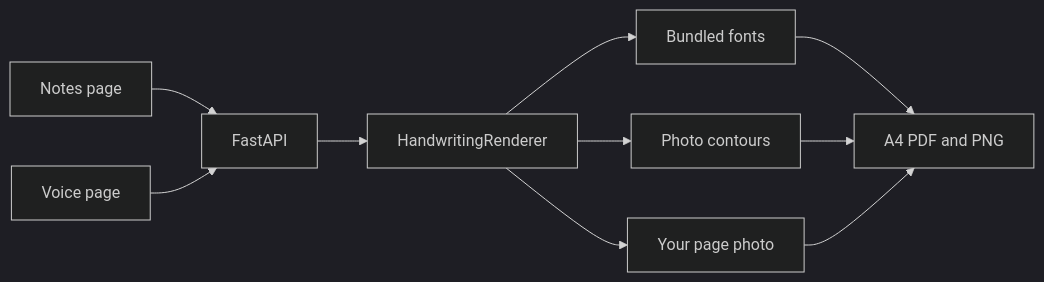
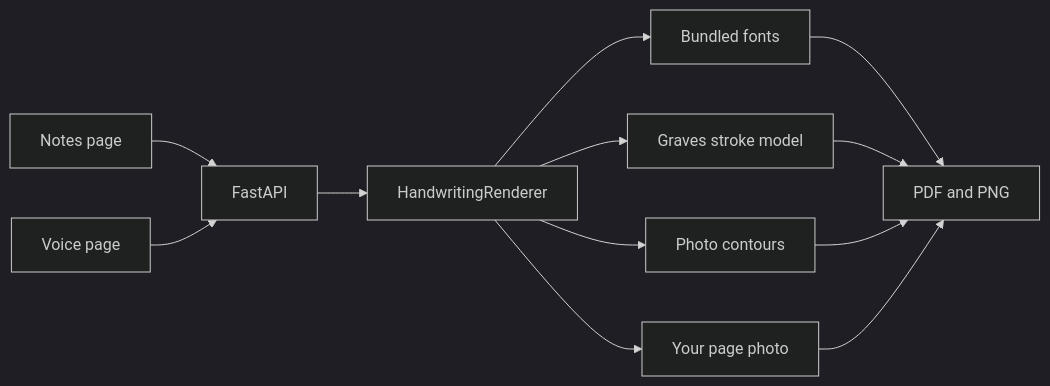
The diagram in README.md (codexmaham/qalam), drawn with Mermaid (dark theme) before and after one commit. The commit also changed other lines of this file and 40 other files, not shown here.

````diff
--- a/README.md
+++ b/README.md
@@ -180,12 +242,14 @@
 ```mermaid
 flowchart LR
   notes[Notes page] --> api[FastAPI]
   voice[Voice page] --> api
   api --> renderer[HandwritingRenderer]
   renderer --> fonts[Bundled fonts]
+  renderer --> strokes[Graves stroke model]
   renderer --> clone[Photo contours]
   renderer --> photo[Your page photo]
-  fonts --> pdf[A4 PDF and PNG]
+  fonts --> pdf[PDF and PNG]
+  strokes --> pdf
   clone --> pdf
   photo --> pdf
 ```
````
